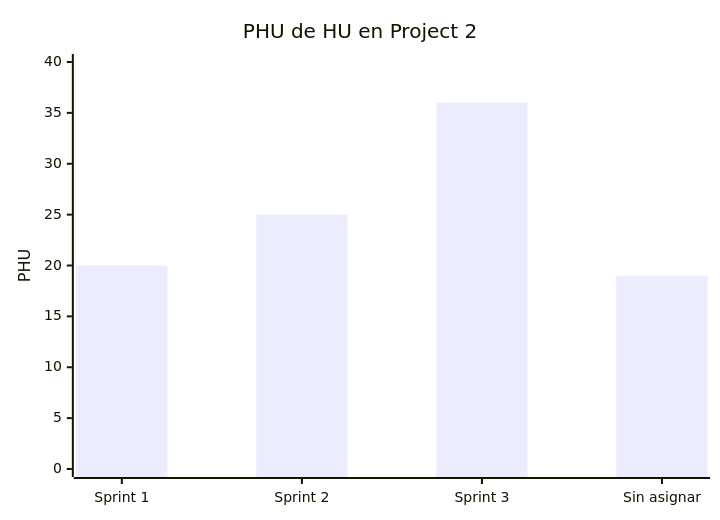
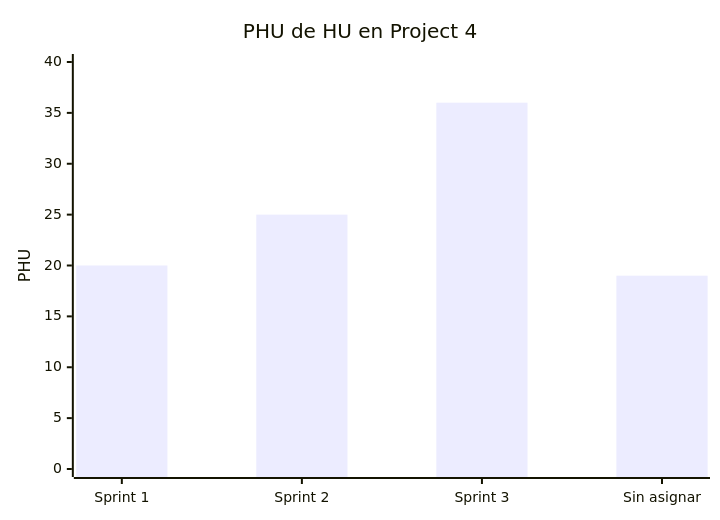
Before and after one commit to lfnavarroj1/sport-app-platform: the second of 2 diagrams in project/registro-sprints.md, drawn with Mermaid. The commit also changed other lines of this file and 4 other files, not shown here.

````diff
--- a/project/registro-sprints.md
+++ b/project/registro-sprints.md
@@ -51,7 +55,7 @@
 ```mermaid
 xychart-beta
-    title "PHU de HU en Project 2"
+    title "PHU de HU en Project 4"
     x-axis ["Sprint 1", "Sprint 2", "Sprint 3", "Sin asignar"]
     y-axis "PHU" 0 --> 40
     bar [20, 25, 36, 19]
 ```
````
